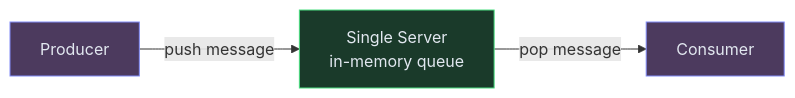
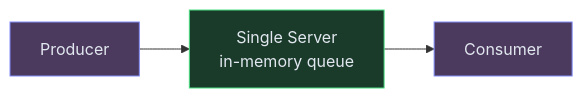
Before and after one commit to iluzn/HLD-Designs: the first of 4 diagrams in content/hld/MessageQueue.md, drawn with Mermaid. The commit also changed other lines of this file and 8 other files, not shown here.

````diff
--- a/content/hld/MessageQueue.md
+++ b/content/hld/MessageQueue.md
@@ -25,12 +23,12 @@
 ```mermaid
 flowchart LR
     PROD["Producer"]:::client
     QUEUE["Single Server<br/>in-memory queue"]:::service
     CONS["Consumer"]:::client
 
-    PROD -->|"push message"| QUEUE
-    QUEUE -->|"pop message"| CONS
+    PROD --> QUEUE
+    QUEUE --> CONS
 
     classDef client fill:#4c3a5e,stroke:#818cf8,color:#e2e8f0
     classDef service fill:#1a3a2a,stroke:#4ade80,color:#e2e8f0
 ```
````
